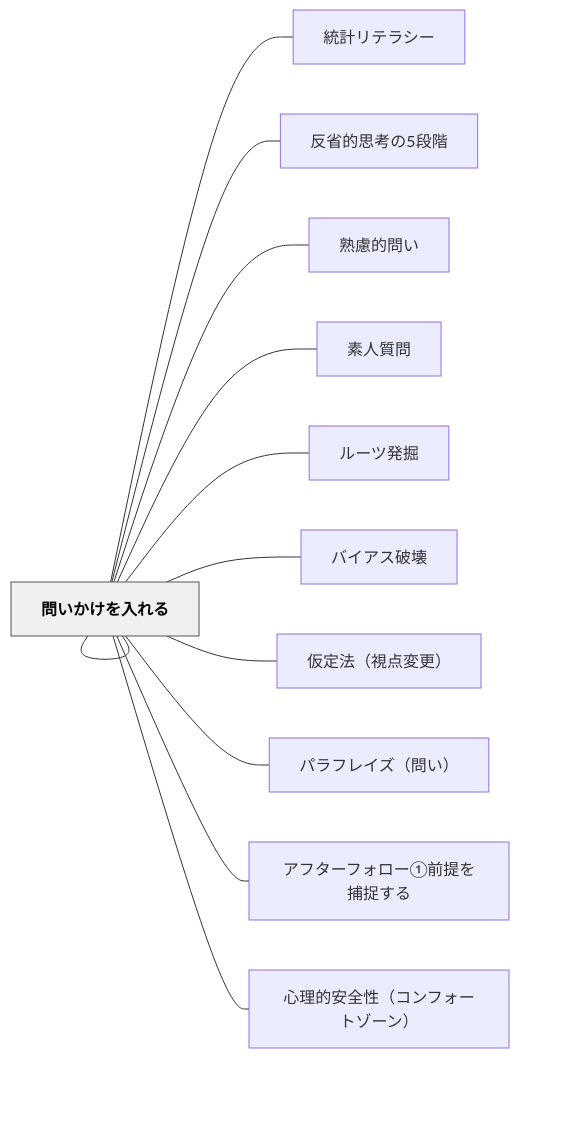
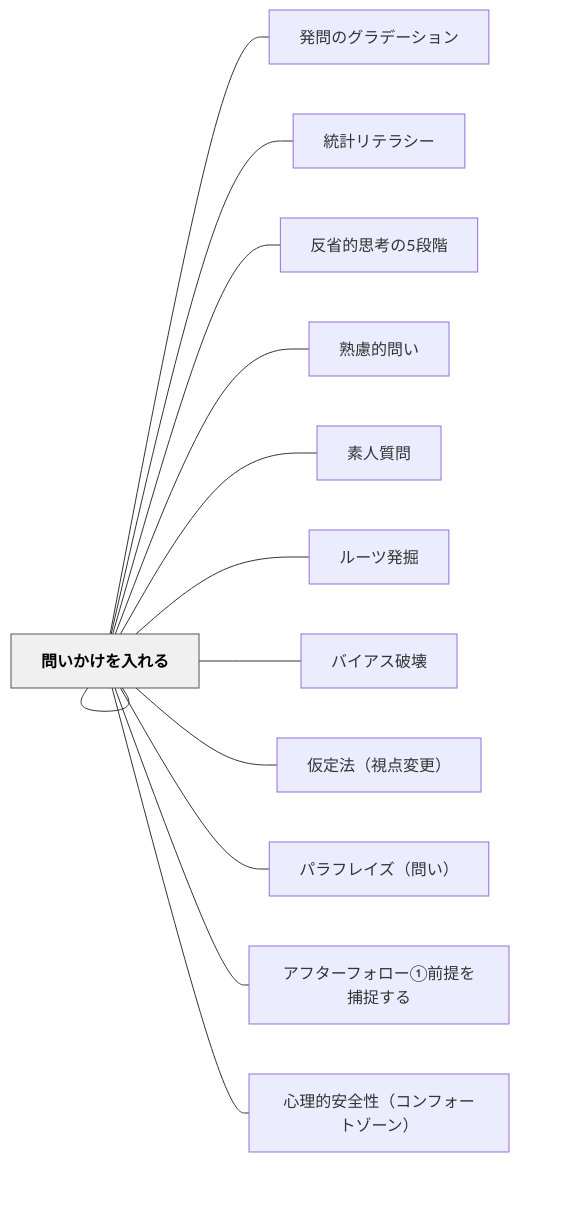
Before and after one commit to unknownthings-ed-patterns/unknownthings-ed-patterns: the diagram in content/パタン/問いかけの見立て.md, drawn with Mermaid. The commit also changed other lines of this file and 19 other files, not shown here.

````diff
--- a/content/パタン/問いかけの見立て.md
+++ b/content/パタン/問いかけの見立て.md
@@ -113,30 +114,32 @@
 ```mermaid
 flowchart LR
     ne5958fe38184["問いかけの見立て"]
+    ne799bae5958f["発問のグラデーション"]
     ne7b5b1e8a888["統計リテラシー"]
     ne58f8de79c81["反省的思考の5段階"]
     ne7869fe685ae["熟慮的問い"]
     ne5958fe38184["問いかけを入れる"]
     ne7b4a0e4baba["素人質問"]
     ne383abe383bc["ルーツ発掘"]
     ne38390e382a4["バイアス破壊"]
     ne4bbaee5ae9a["仮定法（視点変更）"]
     ne38391e383a9["パラフレイズ（問い）"]
     ne382a2e38395["アフターフォロー①前提を捕捉する"]
     ne5bf83e79086["心理的安全性（コンフォートゾーン）"]
 
+    ne5958fe38184 --- ne799bae5958f
     ne5958fe38184 --- ne7b5b1e8a888
     ne5958fe38184 --- ne58f8de79c81
     ne5958fe38184 --- ne7869fe685ae
     ne5958fe38184 --- ne5958fe38184
     ne5958fe38184 --- ne7b4a0e4baba
     ne5958fe38184 --- ne383abe383bc
     ne5958fe38184 --- ne38390e382a4
     ne5958fe38184 --- ne4bbaee5ae9a
     ne5958fe38184 --- ne38391e383a9
     ne5958fe38184 --- ne382a2e38395
     ne5958fe38184 --- ne5bf83e79086
 
     classDef hub fill:#f0f0f0,stroke:#555,color:#000,font-weight:bold
     class ne5958fe38184 hub
 ```
````
